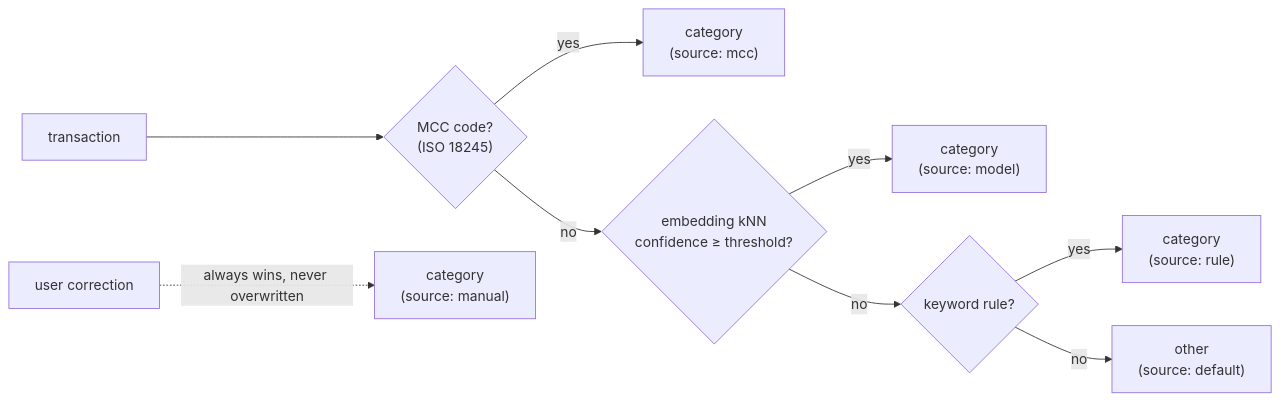
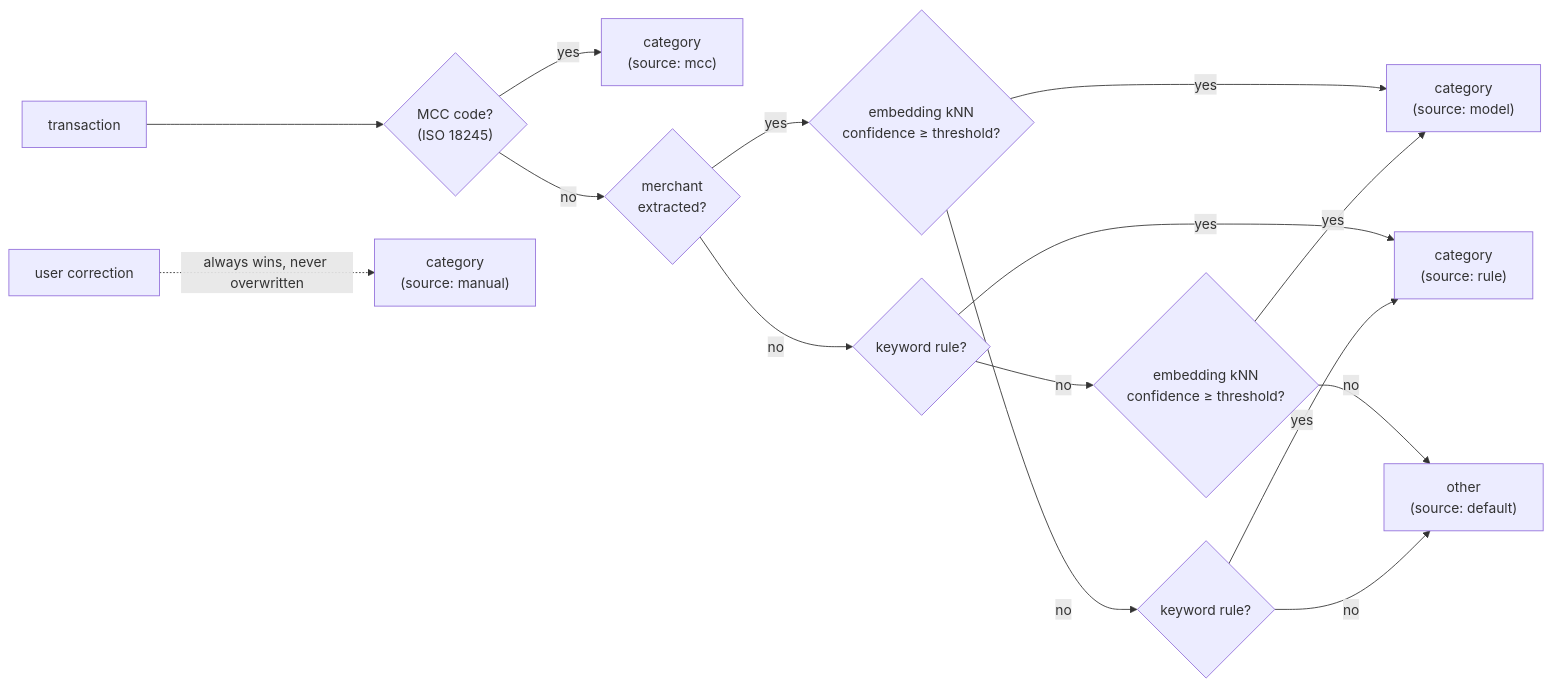
The second of 3 diagrams in README.md (danielededo/cashato), drawn with Mermaid before and after one commit. The commit also changed other lines of this file and 8 other files, not shown here.

````diff
--- a/README.md
+++ b/README.md
@@ -148,11 +150,17 @@
 ```mermaid
 flowchart LR
     T["transaction"] --> MCC{"MCC code?<br/>(ISO 18245)"}
     MCC -- "yes" --> A["category<br/>(source: mcc)"]
-    MCC -- "no" --> ML{"embedding kNN<br/>confidence ≥ threshold?"}
+    MCC -- "no" --> M{"merchant<br/>extracted?"}
+    M -- "yes" --> ML{"embedding kNN<br/>confidence ≥ threshold?"}
     ML -- "yes" --> B["category<br/>(source: model)"]
-    ML -- "no" --> R{"keyword rule?"}
+    ML -- "no" --> R2{"keyword rule?"}
+    M -- "no" --> R{"keyword rule?"}
     R -- "yes" --> C["category<br/>(source: rule)"]
-    R -- "no" --> D["other<br/>(source: default)"]
+    R -- "no" --> ML2{"embedding kNN<br/>confidence ≥ threshold?"}
+    ML2 -- "yes" --> B
+    ML2 -- "no" --> D["other<br/>(source: default)"]
+    R2 -- "yes" --> C
+    R2 -- "no" --> D
     U["user correction"] -. "always wins, never overwritten" .-> E["category<br/>(source: manual)"]
 ```
````
